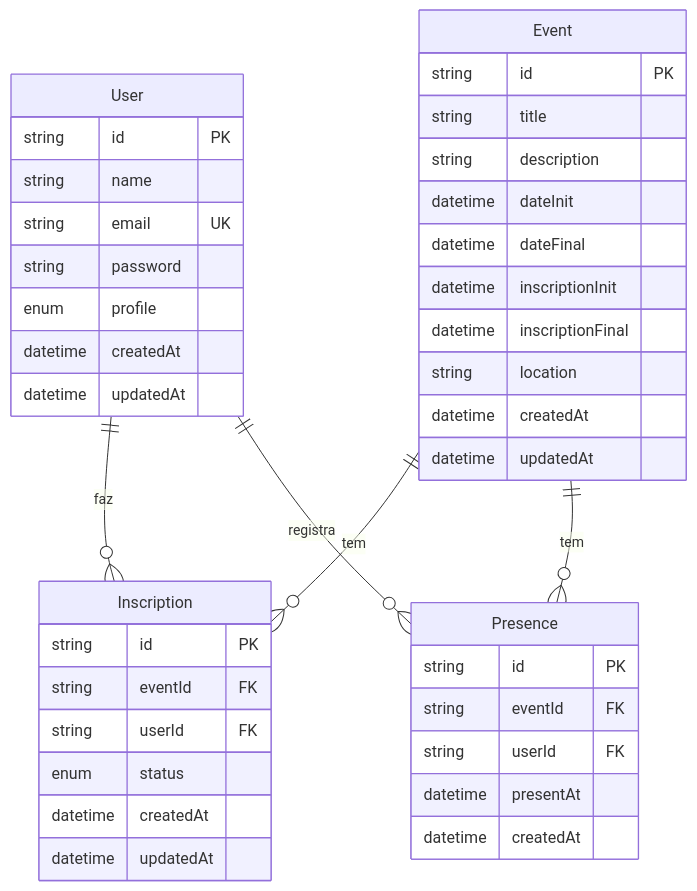
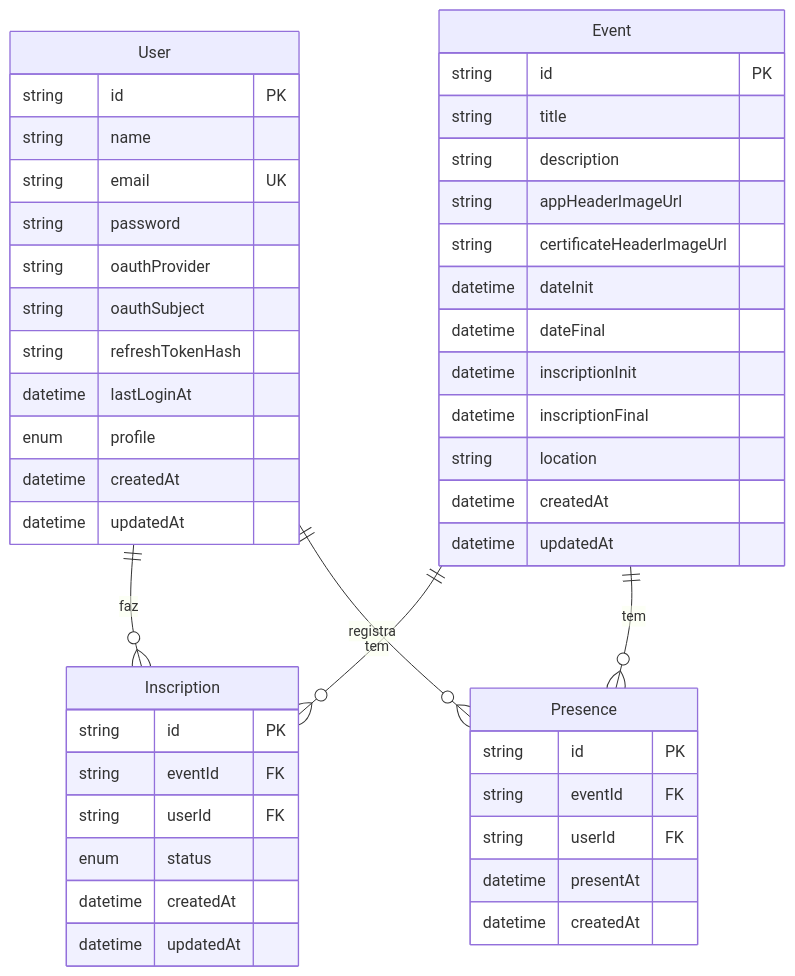
The first of 7 diagrams in docs/MODELO_DADOS.md (salesadriano/eventos), drawn with Mermaid before and after one commit. The commit also changed other lines of this file and 84 other files, not shown here.

````diff
--- a/docs/MODELO_DADOS.md
+++ b/docs/MODELO_DADOS.md
@@ -11,47 +11,53 @@
 ```mermaid
 erDiagram
     User ||--o{ Inscription : "faz"
     Event ||--o{ Inscription : "tem"
     Event ||--o{ Presence : "tem"
     User ||--o{ Presence : "registra"
 
     User {
         string id PK
         string name
         string email UK
         string password
+        string oauthProvider
+        string oauthSubject
+        string refreshTokenHash
+        datetime lastLoginAt
         enum profile
         datetime createdAt
         datetime updatedAt
     }
 
     Event {
         string id PK
         string title
         string description
+        string appHeaderImageUrl
+        string certificateHeaderImageUrl
         datetime dateInit
         datetime dateFinal
         datetime inscriptionInit
         datetime inscriptionFinal
         string location
         datetime createdAt
         datetime updatedAt
     }
 
     Inscription {
         string id PK
         string eventId FK
         string userId FK
         enum status
         datetime createdAt
         datetime updatedAt
     }
 
     Presence {
         string id PK
         string eventId FK
         string userId FK
         datetime presentAt
         datetime createdAt
     }
 ```
````
